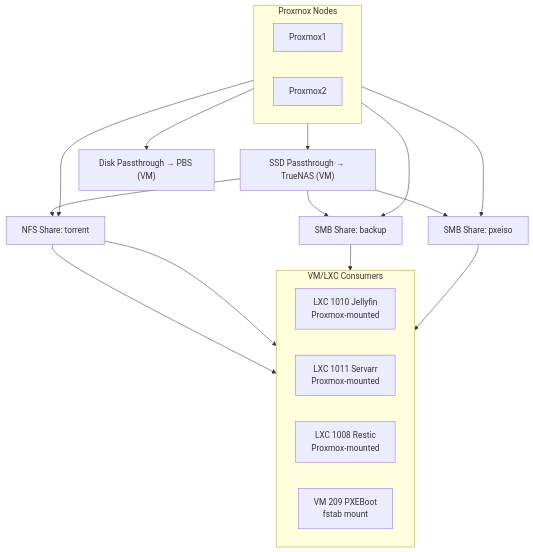
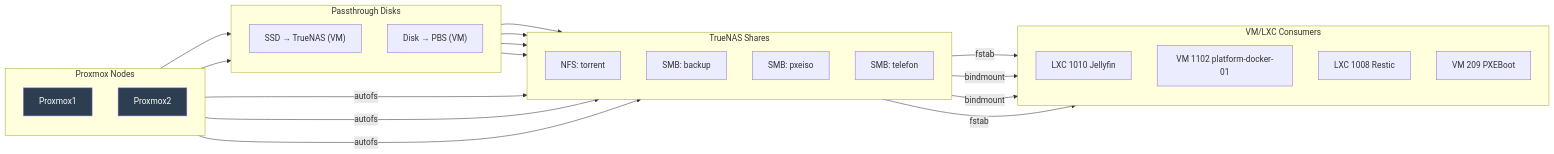
Before and after one commit to torokrolf/homelab: the first of 2 diagrams in 13-Design_Decisions/README.md, drawn with Mermaid.

````diff
--- a/13-Design_Decisions/README.md
+++ b/13-Design_Decisions/README.md
@@ -60,37 +60,57 @@
 ```mermaid
-flowchart TB
+flowchart LR
     linkStyle default interpolate basis
 
+    %% PROXMOX LAYER
     subgraph PROXMOX["Proxmox Nodes"]
-        direction LR
+        direction TB
         PVE1["Proxmox1"]
         PVE2["Proxmox2"]
     end
 
-    SSD_TRUENAS["SSD Passthrough → TrueNAS (VM)"]
-    SSD_PBS["Disk Passthrough → PBS (VM)"]
+    %% PASSTHROUGH LAYER
+    subgraph STORAGE["Passthrough Disks"]
+        direction TB
+        SSD_TRUENAS["SSD → TrueNAS (VM)"]
+        SSD_PBS["Disk → PBS (VM)"]
+    end
 
+    %% EXPORT LAYER
+    subgraph EXPORTS["TrueNAS Shares"]
+        direction TB
+        NFS["NFS: torrent"]
+        SMB1["SMB: backup"]
+        SMB2["SMB: pxeiso"]
+        SMB3["SMB: telefon"]
+    end
+
+    %% CONSUMERS
+    subgraph CONSUMERS["VM/LXC Consumers"]
+        direction TB
+        JELLY["LXC 1010 Jellyfin"]
+        DOCKER["VM 1102 platform-docker-01"]
+        RESTIC["LXC 1008 Restic"]
+        PXEVM["VM 209 PXEBoot"]
+    end
+
+    %% Connections
     PVE2 --> SSD_TRUENAS
     PVE2 --> SSD_PBS
 
-    SSD_TRUENAS --> NFS["NFS Share: torrent"]
-    SSD_TRUENAS --> SMB1["SMB Share: backup"]
-    SSD_TRUENAS --> SMB2["SMB Share: pxeiso"]
+    SSD_TRUENAS --> NFS
+    SSD_TRUENAS --> SMB1
+    SSD_TRUENAS --> SMB2
+    SSD_TRUENAS --> SMB3
 
-    PVE1 --> NFS
-    PVE1 --> SMB1
-    PVE1 --> SMB2
+    PVE1 -->|autofs| NFS
+    PVE1 -->|autofs| SMB1
+    PVE1 -->|autofs| SMB2
 
-    subgraph CONSUMERS["VM/LXC Consumers"]
-        direction LR
-        JELLY["LXC 1010 Jellyfin\nProxmox-mounted"]
-        SERVARR["LXC 1011 Servarr\nProxmox-mounted"]
-        RESTIC["LXC 1008 Restic\nProxmox-mounted"]
-        PXEVM["VM 209 PXEBoot\nfstab mount"]
-    end
+    NFS -->|fstab| DOCKER
+    NFS -->|bindmount| JELLY
+    SMB1 -->|bindmount| RESTIC
+    SMB2 -->|fstab| PXEVM
 
-    NFS --> JELLY
-    NFS --> SERVARR
-    SMB1 --> RESTIC
-    SMB2 --> PXEVM
+    classDef pve fill:#2c3e50,color:#fff;
+    class PVE1,PVE2 pve;
 ```
````
